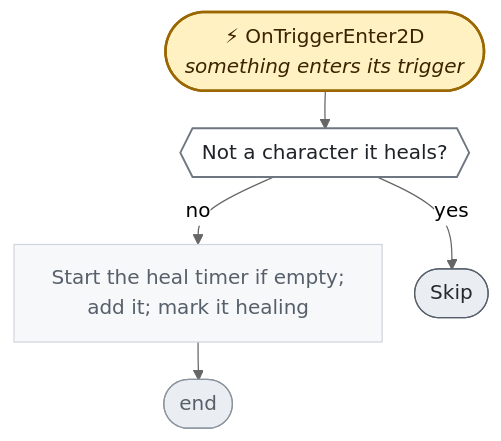
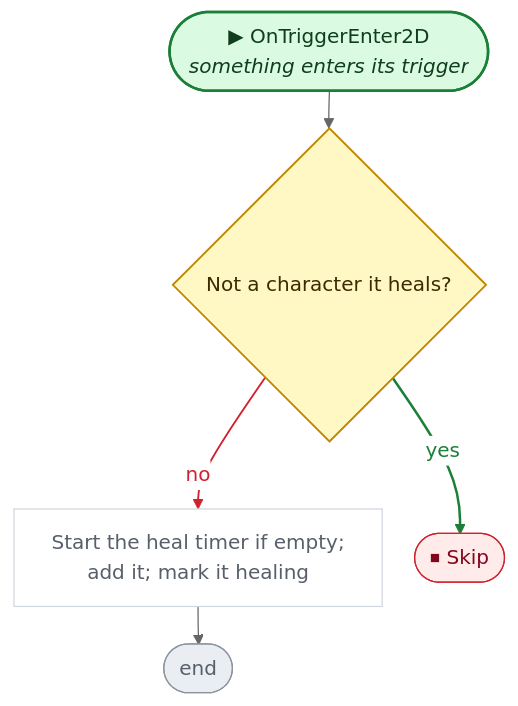
The second of 4 diagrams in CodeGraph~/graph/Map/HealingRoom.cs.md (nataiai/Lord-of-the-Dungeon), drawn with Mermaid (neutral theme) before and after one commit. The commit also changed other lines of this file and 44 other files, not shown here.

````diff
--- a/CodeGraph~/graph/Map/HealingRoom.cs.md
+++ b/CodeGraph~/graph/Map/HealingRoom.cs.md
@@ -46,34 +46,40 @@
 ```mermaid
 ---
 config:
   flowchart:
     wrappingWidth: 260
     nodeSpacing: 26
     rankSpacing: 30
 ---
 flowchart TD
-  nS(["⚡ OnTriggerEnter2D<br><i>something enters its trigger</i>"])
-  n23ba84{{"Not a character it heals?"}}
+  nS(["▶ OnTriggerEnter2D<br><i>something enters its trigger</i>"])
+  n23ba84{"Not a character it heals?"}
   nfaf01f["Start the heal timer if empty;<br>add it; mark it healing"]
   nE(["end"])
-  nb2e4fc(["Skip"])
+  nb2e4fc(["⏹ Skip"])
   nS --> n23ba84
   n23ba84 -->|no| nfaf01f
   n23ba84 -->|yes| nb2e4fc
   nfaf01f --> nE
-  classDef unity fill:#fff1c2,stroke:#9a6700,stroke-width:2px,color:#3b2300
-  classDef start fill:#ddf4ff,stroke:#0969da,stroke-width:2px,color:#0a3069
-  classDef calc fill:#f6f8fa,stroke:#d0d7de,color:#57606a
-  classDef calls fill:#ffffff,stroke:#0969da,stroke-width:2.5px,color:#0a3069
-  classDef cond fill:#ffffff,stroke:#6e7781,stroke-width:1.5px,color:#1f2328
-  classDef loop fill:#fbefff,stroke:#8250df,color:#3e1f79
-  classDef exit fill:#eaeef2,stroke:#57606a,color:#24292f
-  classDef wait fill:#fff8f0,stroke:#bc4c00,color:#4d1d00
+  linkStyle 1 stroke:#cf222e,stroke-width:1.5px,color:#cf222e
+  linkStyle 2 stroke:#1a7f37,stroke-width:2px,color:#1a7f37
+  classDef unity fill:#dafbe1,stroke:#1a7f37,stroke-width:2px,color:#0f3d1d
+  classDef start fill:#dafbe1,stroke:#1a7f37,stroke-width:2px,color:#0f3d1d
+  classDef calc fill:#ffffff,stroke:#d0d7de,color:#57606a
+  classDef calls fill:#ddf4ff,stroke:#0969da,stroke-width:2px,color:#0a3069
+  classDef ext fill:#ddf4ff,stroke:#0969da,stroke-width:2px,stroke-dasharray:5 3,color:#0a3069
+  classDef cond fill:#fff8c5,stroke:#bf8700,stroke-width:1.5px,color:#3d2a00
+  classDef loop fill:#f6f8fa,stroke:#57606a,color:#1f2328
+  classDef exit fill:#ffebe9,stroke:#cf222e,color:#82071e
+  classDef kill fill:#ffebe9,stroke:#cf222e,stroke-width:2px,color:#82071e
+  classDef spawn fill:#dafbe1,stroke:#1a7f37,stroke-width:2px,color:#0f3d1d
+  classDef wait fill:#fff1e5,stroke:#bc4c00,color:#4d1d00
   classDef fin fill:#eaeef2,stroke:#8c959f,color:#57606a
   classDef join fill:#d0d7de,stroke:#8c959f,color:#57606a
+  classDef ghdr fill:#f5f9ff,stroke:#f5f9ff,color:#0a3069,font-weight:bold
   class nfaf01f calc
   class n23ba84 cond
   class nb2e4fc exit
   class nE fin
   class nS unity
 ```
````
